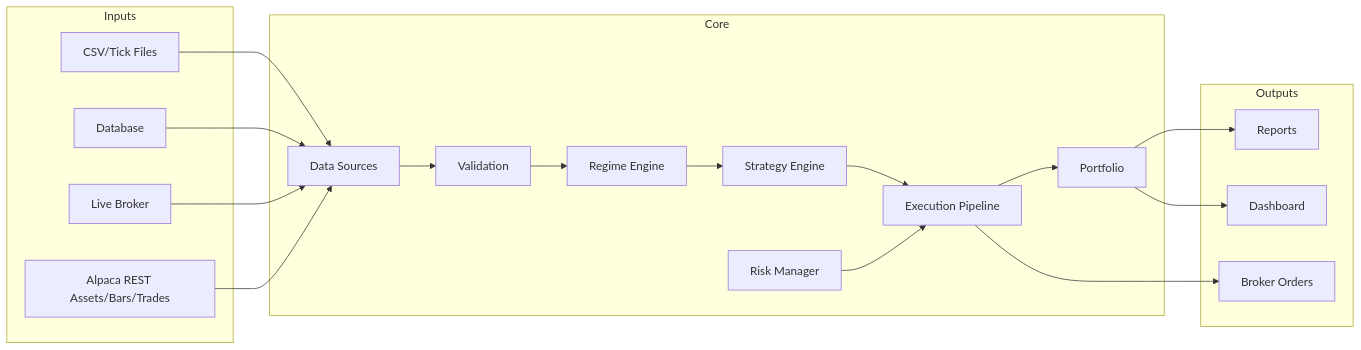
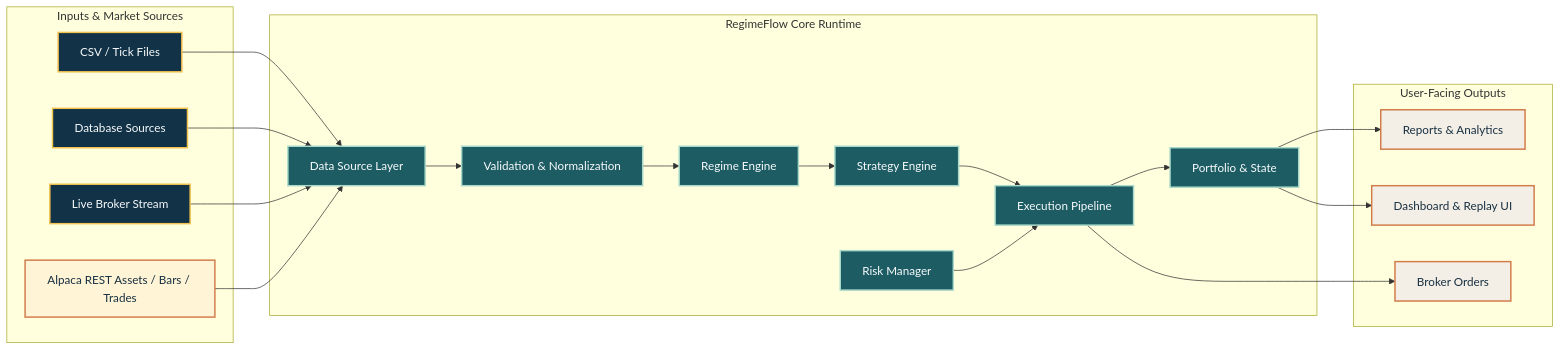
The diagram in docs/diagrams/component-diagram.md (gregorian-09/regime-flow), drawn with Mermaid before and after one commit. The commit also changed 7 other files, not shown here.

Commit message:
docs(diagrams): improve mermaid rendering and styling

````diff
--- a/docs/diagrams/component-diagram.md
+++ b/docs/diagrams/component-diagram.md
@@ -3,39 +3,50 @@
 ```mermaid
+%%{init: {"flowchart": {"curve": "basis"}}}%%
 flowchart LR
-  subgraph Inputs
-    A[CSV/Tick Files]
-    B[Database]
-    C[Live Broker]
-    A2[Alpaca REST Assets/Bars/Trades]
+  classDef input fill:#113247,stroke:#f2c14e,color:#f8fbfd,stroke-width:2px;
+  classDef core fill:#1d5c63,stroke:#a7d8c9,color:#f8fbfd,stroke-width:2px;
+  classDef output fill:#f4efe6,stroke:#d17b49,color:#173042,stroke-width:2px;
+  classDef external fill:#fff4d6,stroke:#d17b49,color:#173042,stroke-width:2px;
+
+  subgraph Inputs["Inputs & Market Sources"]
+    A[CSV / Tick Files]
+    B[Database Sources]
+    C[Live Broker Stream]
+    A2[Alpaca REST Assets / Bars / Trades]
   end
 
-  subgraph Core
-    D[Data Sources]
-    E[Validation]
+  subgraph Core["RegimeFlow Core Runtime"]
+    D[Data Source Layer]
+    E[Validation & Normalization]
     F[Regime Engine]
     G[Strategy Engine]
     H[Execution Pipeline]
     I[Risk Manager]
-    J[Portfolio]
+    J[Portfolio & State]
   end
 
-  subgraph Outputs
-    K[Reports]
-    L[Dashboard]
+  subgraph Outputs["User-Facing Outputs"]
+    K[Reports & Analytics]
+    L[Dashboard & Replay UI]
     M[Broker Orders]
   end
 
   A --> D
   B --> D
   C --> D
   A2 --> D
   D --> E
   E --> F
   F --> G
   G --> H
   I --> H
   H --> J
   J --> K
   J --> L
   H --> M
+
+  class A,B,C input
+  class A2 external
+  class D,E,F,G,H,I,J core
+  class K,L,M output
 ```
````
